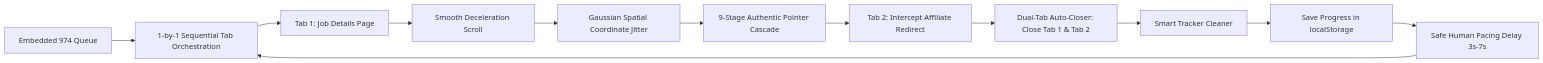
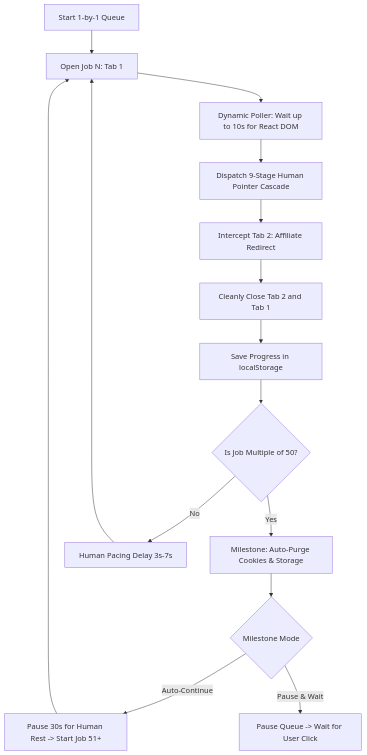
The diagram in docs/auto-applier.md (Naman-mahi/zero-footprint), drawn with Mermaid before and after one commit. The commit also changed other lines of this file and 2 other files, not shown here.

Commit message:
feat: add configurable batch pacing modes, update storage/cookie purge logic, and initialize documentation.

````diff
--- a/docs/auto-applier.md
+++ b/docs/auto-applier.md
@@ -9,14 +9,17 @@
 ```mermaid
-flowchart LR
-    A[Embedded 974 Queue] --> B[1-by-1 Sequential Tab Orchestration]
-    B --> C[Tab 1: Job Details Page]
-    C --> D[Smooth Deceleration Scroll]
-    D --> E[Gaussian Spatial Coordinate Jitter]
-    E --> F[9-Stage Authentic Pointer Cascade]
-    F --> G[Tab 2: Intercept Affiliate Redirect]
-    G --> H[Dual-Tab Auto-Closer: Close Tab 1 & Tab 2]
-    H --> I[Smart Tracker Cleaner]
-    I --> J[Save Progress in localStorage]
-    J --> K[Safe Human Pacing Delay 3s-7s]
+flowchart TD
+    A[Start 1-by-1 Queue] --> B[Open Job N: Tab 1]
+    B --> C[Dynamic Poller: Wait up to 10s for React DOM]
+    C --> D[Dispatch 9-Stage Human Pointer Cascade]
+    D --> E[Intercept Tab 2: Affiliate Redirect]
+    E --> F[Cleanly Close Tab 2 and Tab 1]
+    F --> G[Save Progress in localStorage]
+    G --> H{Is Job Multiple of 50?}
+    H -->|Yes| I[Milestone: Auto-Purge Cookies & Storage]
+    I --> J{Milestone Mode}
+    J -->|Auto-Continue| K[Pause 30s for Human Rest -> Start Job 51+]
+    J -->|Pause & Wait| L[Pause Queue -> Wait for User Click]
+    H -->|No| M[Human Pacing Delay 3s-7s]
+    M --> B
     K --> B
 ```
````
